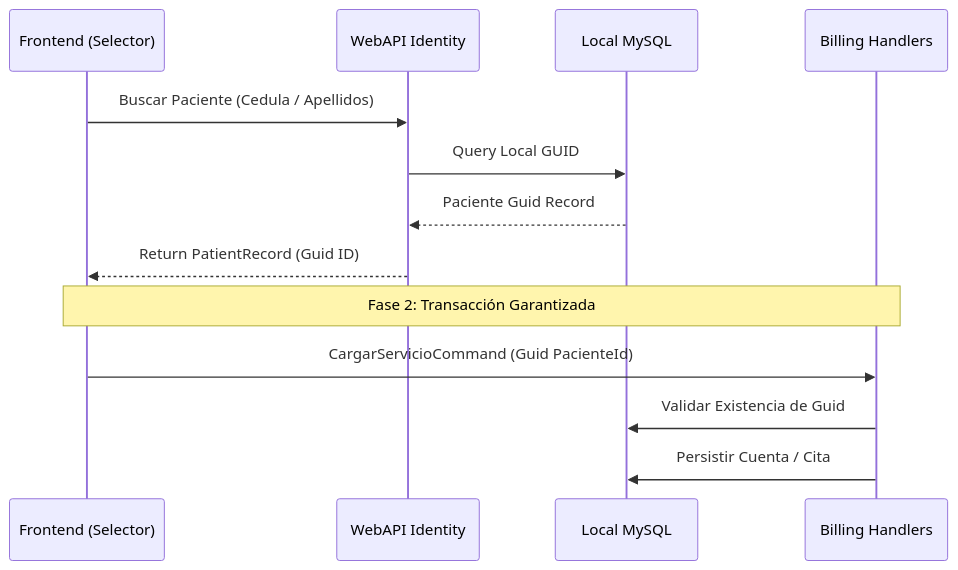
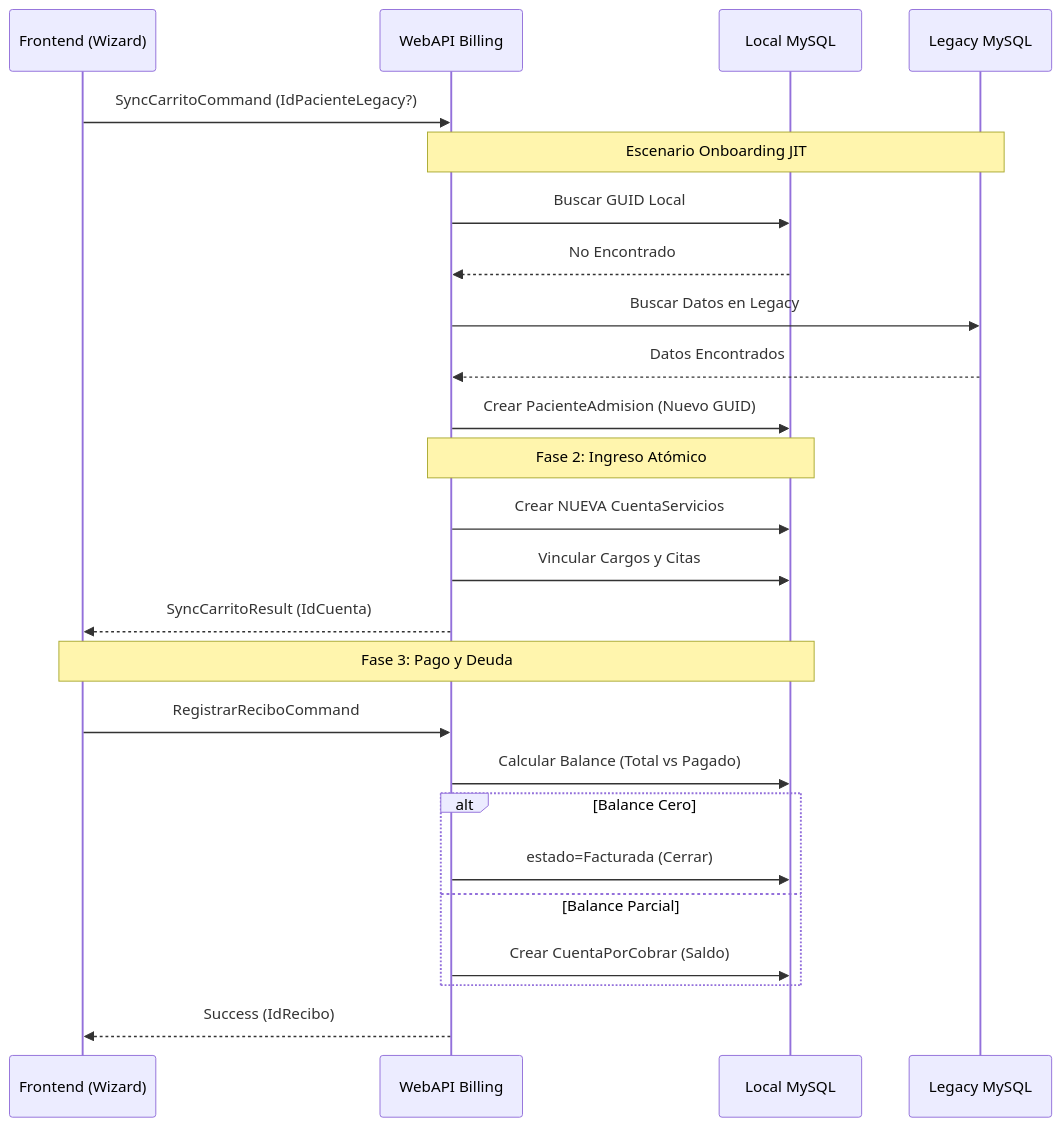
One commit to IngJoseBracamonte/Sistema2020Excelencia changed the diagram in agent/docs/DataFlow.md. Above: the diagram before and after it, drawn with Mermaid. The commit also changed other lines of this file and 16 other files, not shown here.

Commit message:
feat: Implement admission and billing commands, entities, and repositories, alongside comprehensive architectural and data flow documentation, including legacy system integration.

````diff
--- a/agent/docs/DataFlow.md
+++ b/agent/docs/DataFlow.md
@@ -3,17 +3,31 @@
 ```mermaid
 sequenceDiagram
-    participant UI as Frontend (Selector)
-    participant API as WebAPI Identity
+    participant UI as Frontend (Wizard)
+    participant API as WebAPI Billing
     participant DB as Local MySQL
-    participant BILL as Billing Handlers
+    participant CL as Legacy MySQL
     
-    UI->>API: Buscar Paciente (Cedula / Apellidos)
-    API->>DB: Query Local GUID
-    DB-->>API: Paciente Guid Record
-    API-->>UI: Return PatientRecord (Guid ID)
+    UI->>API: SyncCarritoCommand (IdPacienteLegacy?)
     
-    Note over UI, BILL: Fase 2: Transacción Garantizada
-    UI->>BILL: CargarServicioCommand (Guid PacienteId)
-    BILL->>DB: Validar Existencia de Guid
-    BILL->>DB: Persistir Cuenta / Cita
+    Note over API, CL: Escenario Onboarding JIT
+    API->>DB: Buscar GUID Local
+    DB-->>API: No Encontrado
+    API->>CL: Buscar Datos en Legacy
+    CL-->>API: Datos Encontrados
+    API->>DB: Crear PacienteAdmision (Nuevo GUID)
+    
+    Note over API, DB: Fase 2: Ingreso Atómico
+    API->>DB: Crear NUEVA CuentaServicios
+    API->>DB: Vincular Cargos y Citas
+    API-->>UI: SyncCarritoResult (IdCuenta)
+    
+    Note over UI, DB: Fase 3: Pago y Deuda
+    UI->>API: RegistrarReciboCommand
+    API->>DB: Calcular Balance (Total vs Pagado)
+    alt Balance Cero
+        API->>DB: estado=Facturada (Cerrar)
+    else Balance Parcial
+        API->>DB: Crear CuentaPorCobrar (Saldo)
+    end
+    API-->>UI: Success (IdRecibo)
 ```
````
